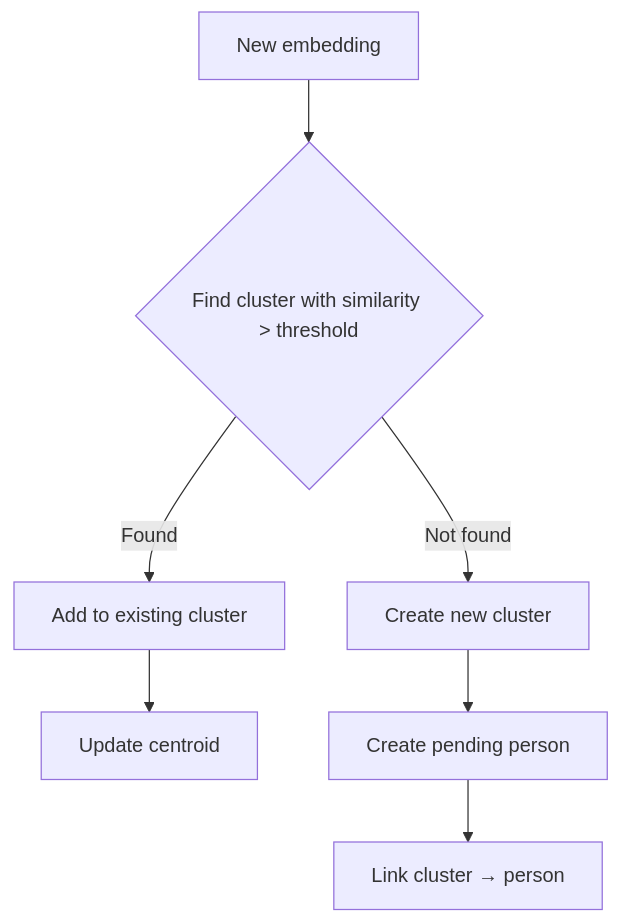
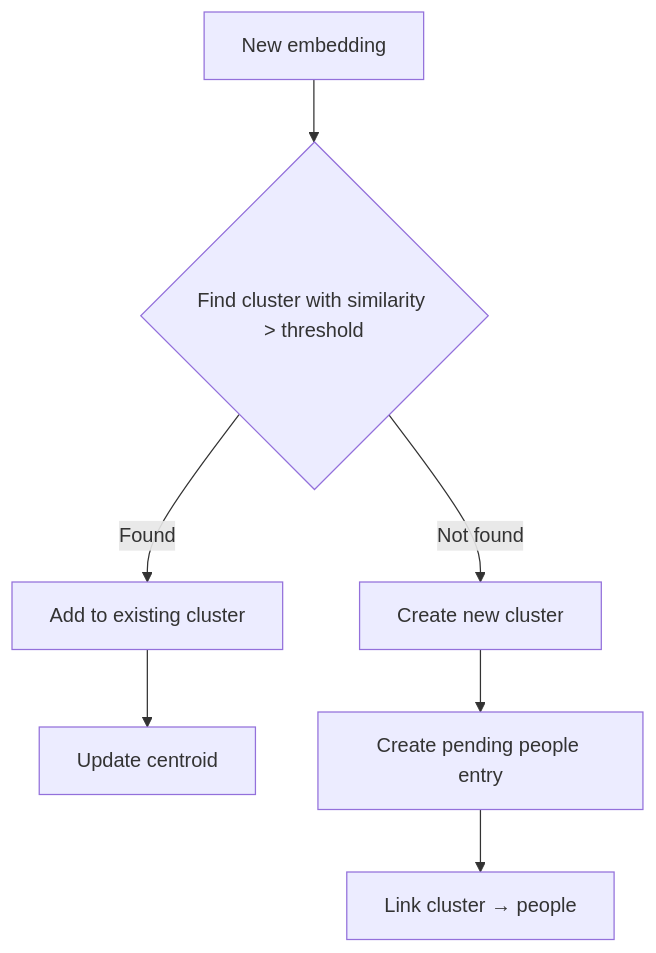
Before and after one commit to xiaoyuanzhu-com/my-life-db: the fourth of 5 diagrams in docs/people.md, drawn with Mermaid. The commit also changed other lines of this file and 11 other files, not shown here.

First line of the commit message:
refactor: unify Person types to People across codebase

````diff
--- a/docs/people.md
+++ b/docs/people.md
@@ -239,10 +239,10 @@
 ```mermaid
 flowchart TD
     NewEmb[New embedding] --> FindMatch{Find cluster with similarity > threshold}
     FindMatch -->|Found| AddToCluster[Add to existing cluster]
     AddToCluster --> UpdateCentroid[Update centroid]
 
     FindMatch -->|Not found| CreateCluster[Create new cluster]
-    CreateCluster --> CreatePending[Create pending person]
-    CreatePending --> Link[Link cluster → person]
+    CreateCluster --> CreatePending[Create pending people entry]
+    CreatePending --> Link[Link cluster → people]
 ```
````
